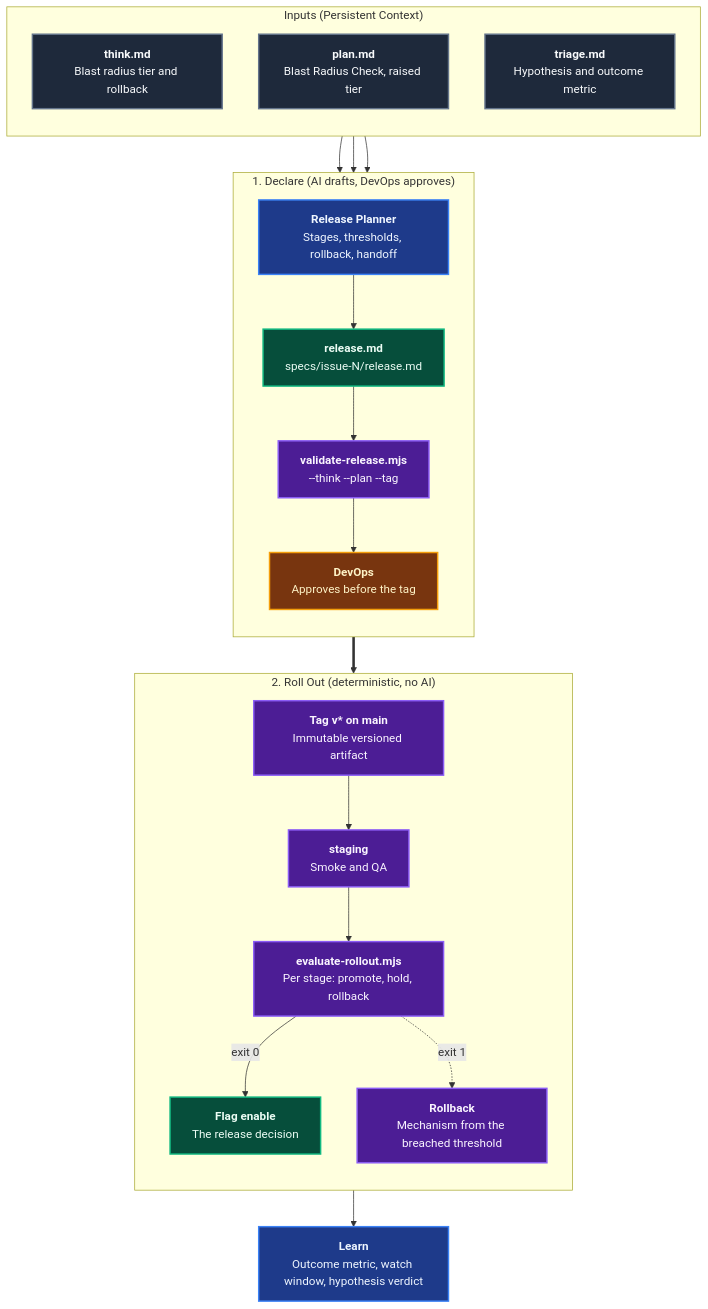
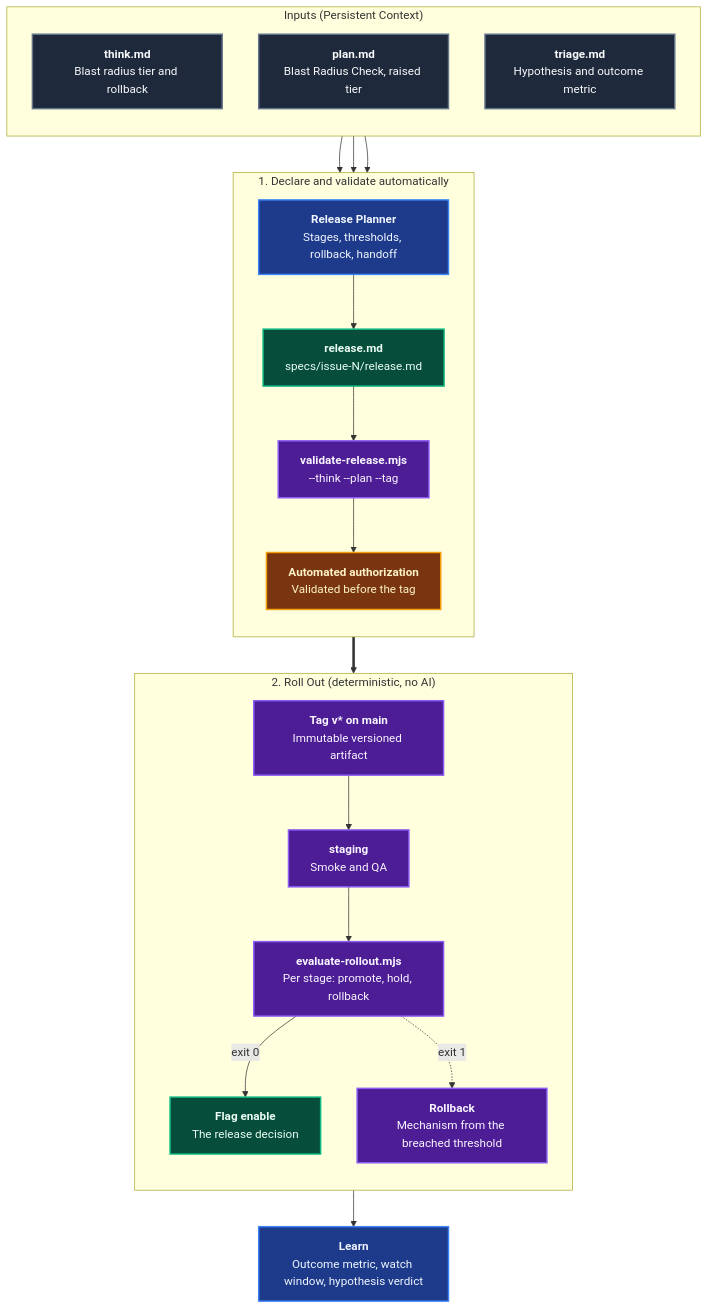
One commit to ALTEN-group/coding-pal changed the first of 2 diagrams in website/docs/guide/domain-release.md. Above: the diagram before and after it, drawn with Mermaid. The commit also changed other lines of this file and 45 other files, not shown here.

````diff
--- a/website/docs/guide/domain-release.md
+++ b/website/docs/guide/domain-release.md
@@ -13,53 +13,53 @@
 ```mermaid
 ---
 caption: Merged Change to Users, Declared Before and Decided by Thresholds (Release)
 ---
 flowchart TD
     subgraph Inputs ["Inputs (Persistent Context)"]
         direction TB
         THINK["<b>think.md</b><br/>Blast radius tier and rollback"]
         PLAN["<b>plan.md</b><br/>Blast Radius Check, raised tier"]
         TRI["<b>triage.md</b><br/>Hypothesis and outcome metric"]
     end
 
-    subgraph Declare ["1. Declare (AI drafts, DevOps approves)"]
+    subgraph Declare ["1. Declare and validate automatically"]
         direction TB
         AG["<b>Release Planner</b><br/>Stages, thresholds, rollback, handoff"]
         DOC["<b>release.md</b><br/>specs/issue-N/release.md"]
         VAL["<b>validate-release.mjs</b><br/>--think --plan --tag"]
-        DEVOPS["<b>DevOps</b><br/>Approves before the tag"]
+        DEVOPS["<b>Automated authorization</b><br/>Validated before the tag"]
         AG --> DOC --> VAL --> DEVOPS
     end
 
     subgraph Roll ["2. Roll Out (deterministic, no AI)"]
         direction TB
         TAG["<b>Tag v* on main</b><br/>Immutable versioned artifact"]
         STG["<b>staging</b><br/>Smoke and QA"]
         LOOP["<b>evaluate-rollout.mjs</b><br/>Per stage: promote, hold, rollback"]
         FLAG["<b>Flag enable</b><br/>The release decision"]
         BACK["<b>Rollback</b><br/>Mechanism from the breached threshold"]
         TAG --> STG --> LOOP
         LOOP -->|"exit 0"| FLAG
         LOOP -.->|"exit 1"| BACK
     end
 
     LRN["<b>Learn</b><br/>Outcome metric, watch window, hypothesis verdict"]
 
     THINK --> AG
     PLAN --> AG
     TRI --> AG
     DEVOPS ==> TAG
     FLAG --> LRN
 
     classDef stage fill:#1e3a8a,stroke:#3b82f6,stroke-width:2px,color:#eff6ff;
     classDef artifact fill:#064e3b,stroke:#10b981,stroke-width:2px,color:#ecfdf5;
     classDef input fill:#1e293b,stroke:#64748b,stroke-width:2px,color:#f8fafc;
     classDef human fill:#78350f,stroke:#f59e0b,stroke-width:2px,color:#fef3c7;
     classDef control fill:#4c1d95,stroke:#8b5cf6,stroke-width:2px,color:#faf5ff;
 
     class THINK,PLAN,TRI input;
     class AG,LRN stage;
     class DOC,FLAG artifact;
     class DEVOPS human;
     class VAL,LOOP,STG,TAG,BACK control;
 ```
````
